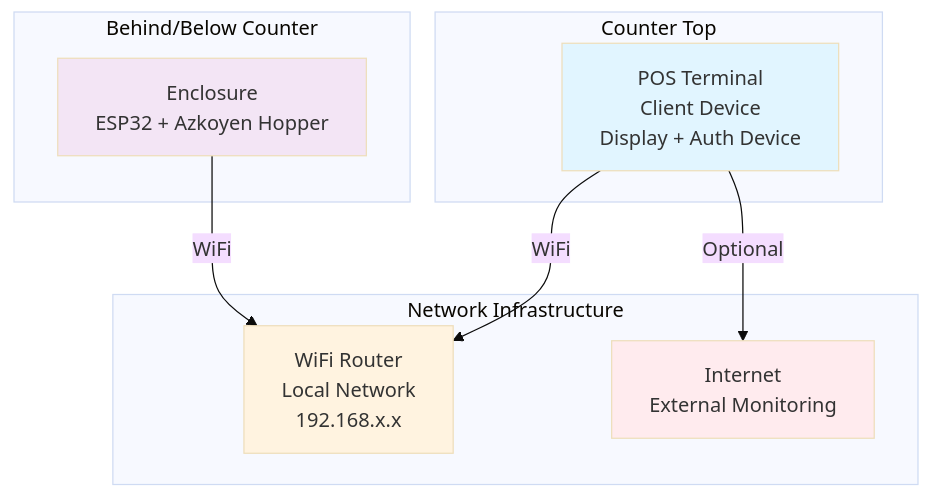
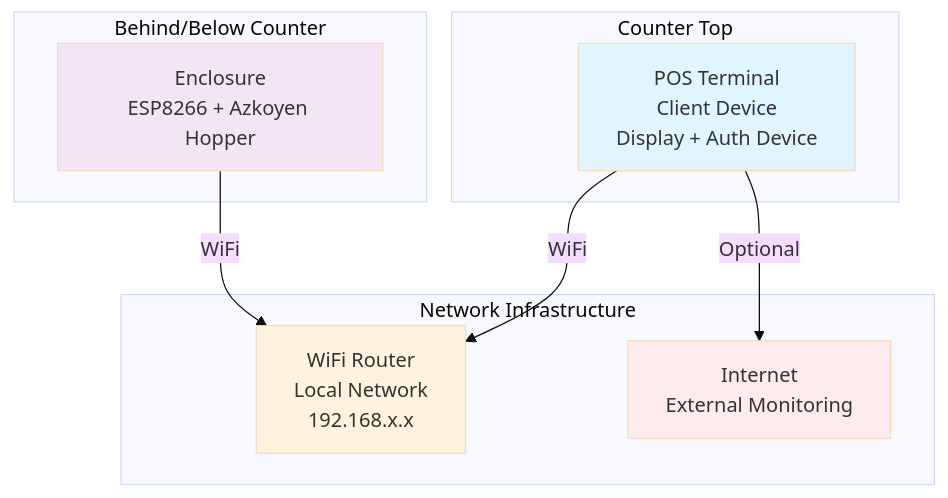
One commit to dgloeckner/remote-token-dispenser changed diagram 16 of 26 in ARCHITECTURE.md. Above: the diagram before and after it, drawn with Mermaid (base theme). The commit also changed other lines of this file and 21 other files, not shown here.

````diff
--- a/ARCHITECTURE.md
+++ b/ARCHITECTURE.md
@@ -776,24 +776,24 @@
 ```mermaid
 graph TB
     subgraph "Counter Top"
         Terminal[POS Terminal<br/>Client Device<br/>Display + Auth Device]
     end
 
     subgraph "Behind/Below Counter"
-        Dispenser[Enclosure<br/>ESP32 + Azkoyen Hopper]
+        Dispenser[Enclosure<br/>ESP8266 + Azkoyen Hopper]
     end
 
     subgraph "Network Infrastructure"
         WiFi[WiFi Router<br/>Local Network<br/>192.168.x.x]
         Internet[Internet<br/>External Monitoring]
     end
 
     Terminal -->|WiFi| WiFi
     Dispenser -->|WiFi| WiFi
     Terminal -->|Optional| Internet
 
     style Terminal fill:#e1f5ff
     style Dispenser fill:#f3e5f5
     style WiFi fill:#fff3e0
     style Internet fill:#ffebee
 ```
````
